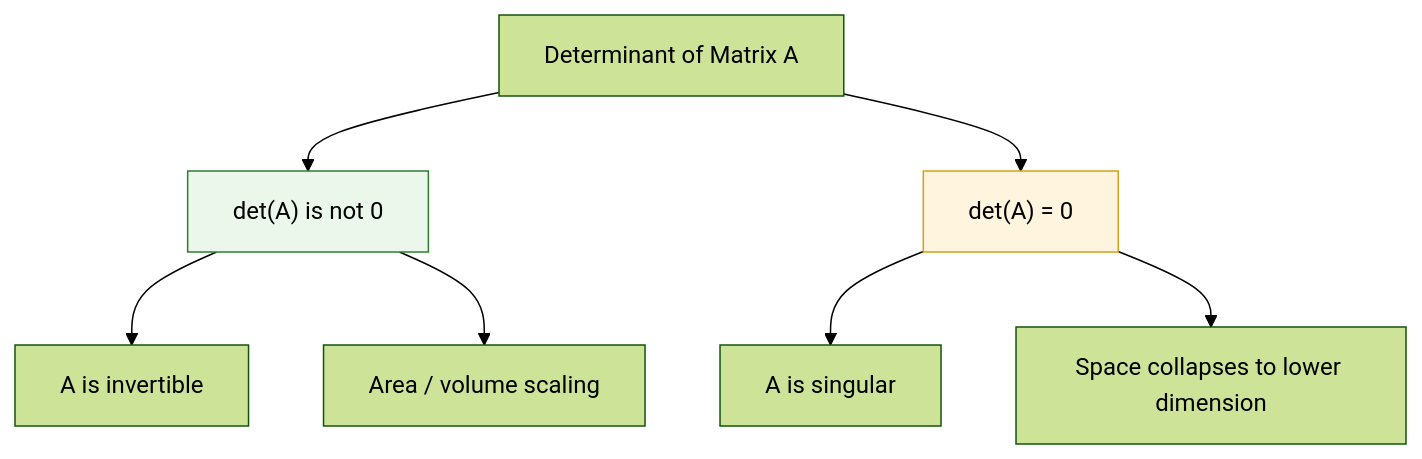
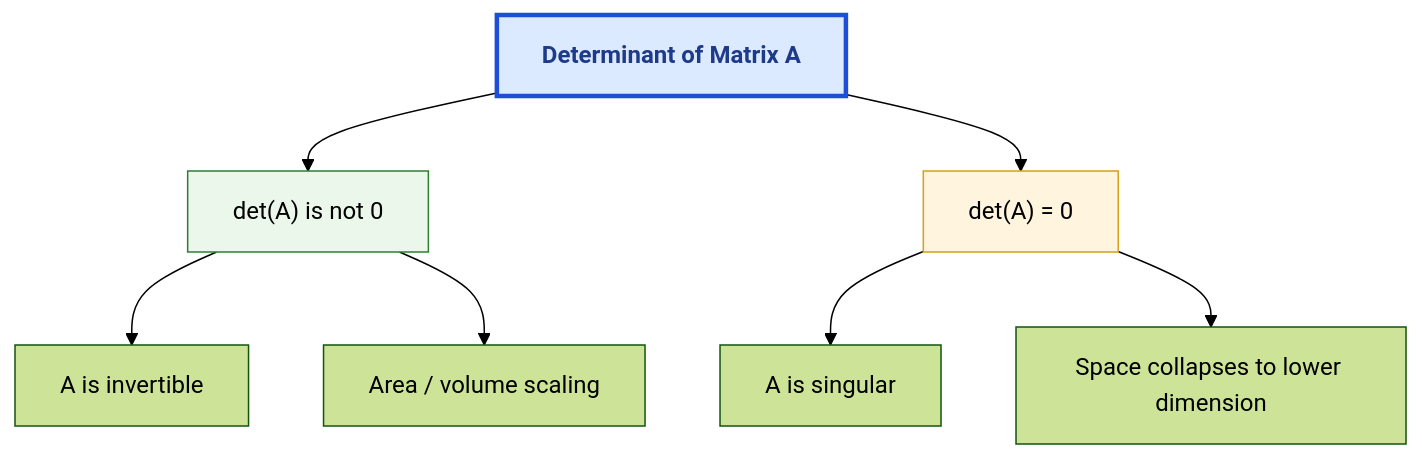
The first of 2 diagrams in D/Determinant (in matrix).md (ilwon-seo/terms), drawn with Mermaid (forest theme) before and after one commit. The commit also changed other lines of this file and 18 other files, not shown here.

Commit message:
Standardize current-term Mermaid styling

````diff
--- a/D/Determinant (in matrix).md
+++ b/D/Determinant (in matrix).md
@@ -192,22 +192,24 @@
 ```mermaid
 flowchart TD
     Det["Determinant of Matrix A"]
     Nonzero["det(A) is not 0"]
     Zero["det(A) = 0"]
     Invertible["A is invertible"]
     Singular["A is singular"]
     Scaling["Area / volume scaling"]
     Collapse["Space collapses to lower dimension"]
 
     Det --> Nonzero
     Det --> Zero
 
     Nonzero --> Invertible
     Nonzero --> Scaling
 
     Zero --> Singular
     Zero --> Collapse
 
     style Nonzero fill:#eaf7ea,stroke:#2e7d32
     style Zero fill:#fff4dd,stroke:#d4a017
+    classDef currentTerm fill:#dbeafe,stroke:#1d4ed8,stroke-width:3px,color:#1e3a8a,font-weight:bold
+    class Det currentTerm
 ```
````
